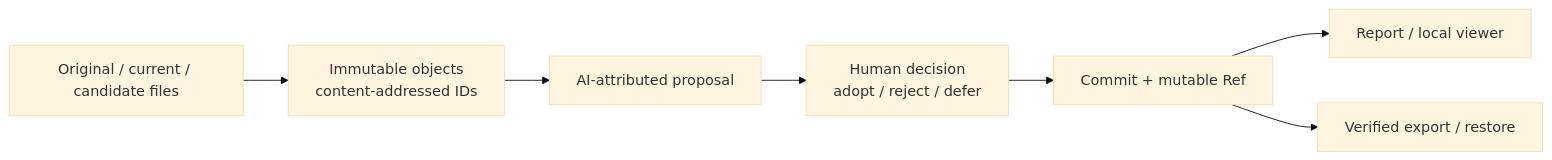
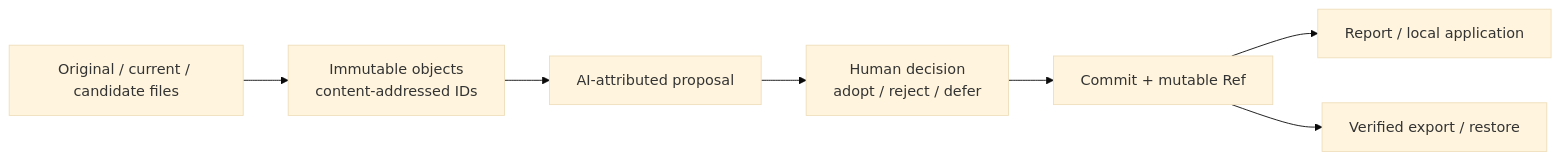
One commit to howlrs/synapsegit changed the diagram in README.ja.md. Above: the diagram before and after it, drawn with Mermaid (base theme). The commit also changed other lines of this file and 40 other files, not shown here.

````diff
--- a/README.ja.md
+++ b/README.ja.md
@@ -117,9 +121,9 @@
 ```mermaid
 flowchart LR
     F["Original / current / candidate files"] --> O["Immutable objects\ncontent-addressed IDs"]
     O --> P["AI-attributed proposal"]
     P --> H["Human decision\nadopt / reject / defer"]
     H --> C["Commit + mutable Ref"]
-    C --> R["Report / local viewer"]
+    C --> R["Report / local application"]
     C --> A["Verified export / restore"]
 ```
````
